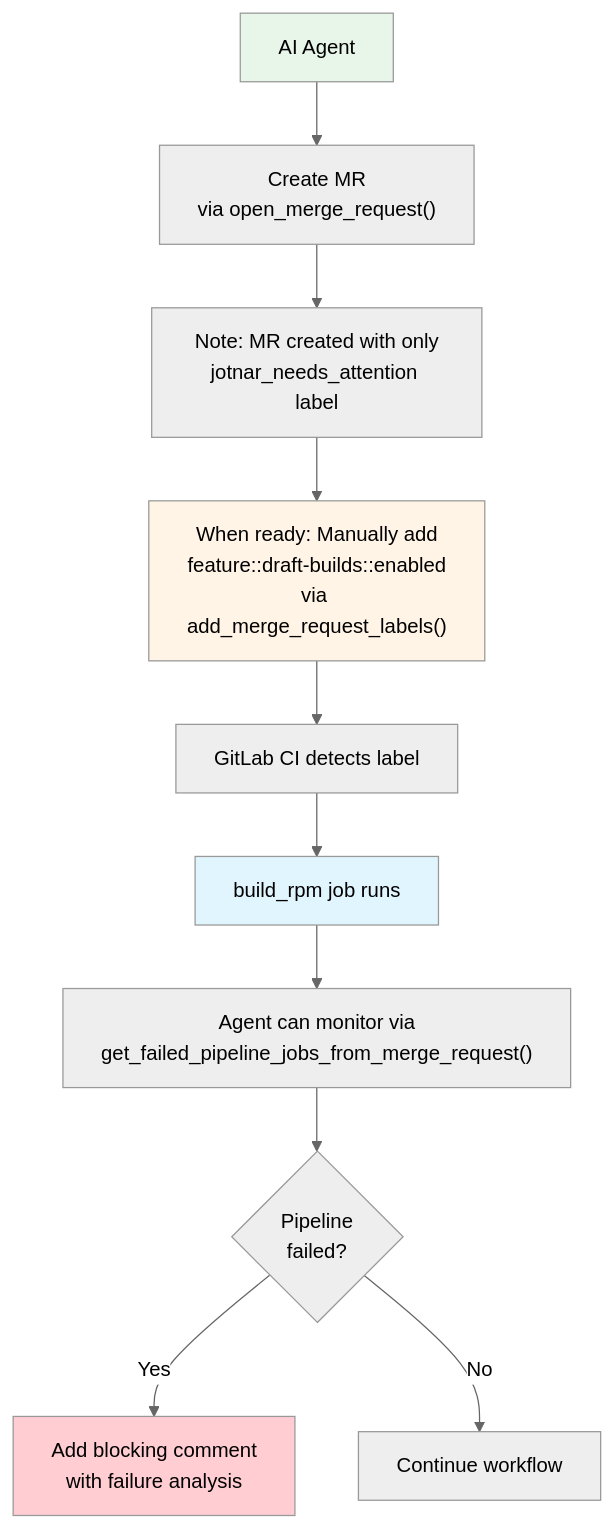
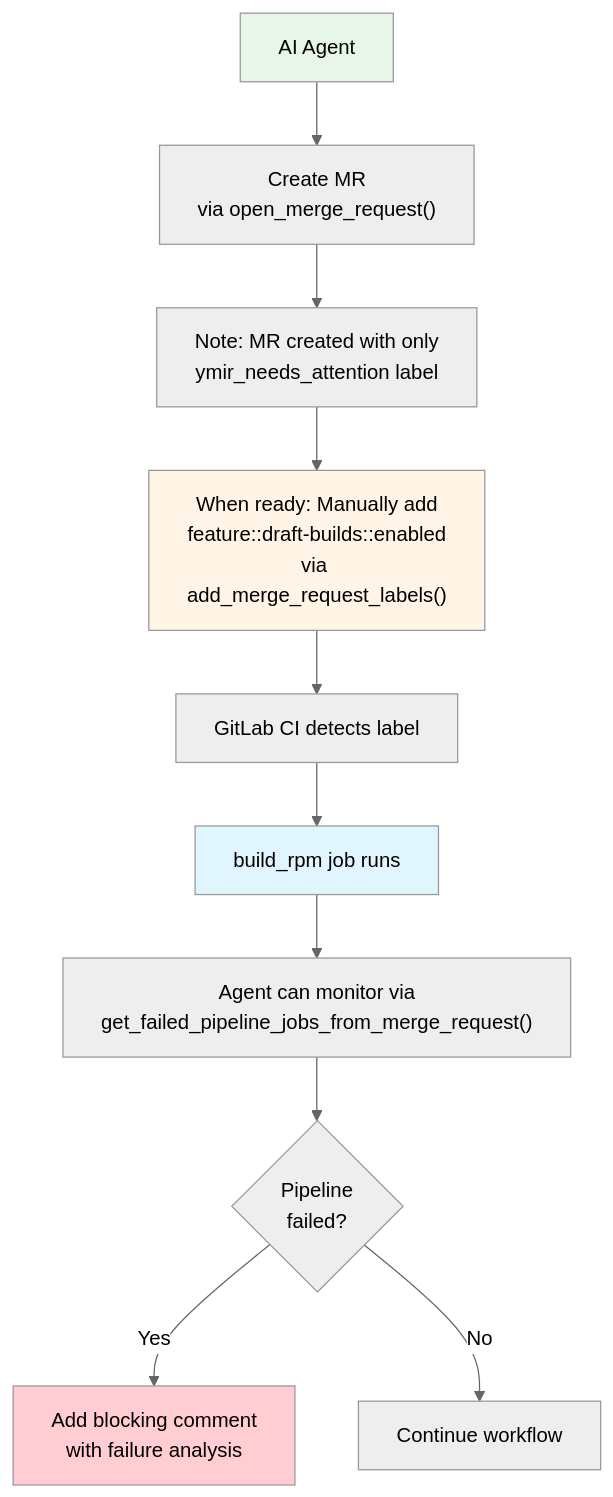
Before and after one commit to packit/ai-workflows: the fourth of 4 diagrams in brew_konflux_data_flow.md, drawn with Mermaid (neutral theme). The commit also changed other lines of this file and 28 other files, not shown here.

First line of the commit message:
Rename Jotnar to Ymir in user-visible text and Jira labels

````diff
--- a/brew_konflux_data_flow.md
+++ b/brew_konflux_data_flow.md
@@ -170,26 +170,26 @@
 ```mermaid
 flowchart TD
     AGENT[AI Agent]
 
     AGENT --> CREATE["Create MR<br/>via open_merge_request()"]
 
-    CREATE --> ADD_LABEL_NOTE["Note: MR created with only<br/>jotnar_needs_attention label"]
+    CREATE --> ADD_LABEL_NOTE["Note: MR created with only<br/>ymir_needs_attention label"]
 
     ADD_LABEL_NOTE --> MANUAL_LABEL["When ready: Manually add<br/>feature::draft-builds::enabled<br/>via add_merge_request_labels()"]
 
     MANUAL_LABEL --> CI_DETECT["GitLab CI detects label"]
 
     CI_DETECT --> BUILD["build_rpm job runs"]
 
     BUILD --> MONITOR["Agent can monitor via<br/>get_failed_pipeline_jobs_from_merge_request()"]
 
     MONITOR --> ANALYZE{Pipeline<br/>failed?}
 
     ANALYZE -->|Yes| COMMENT["Add blocking comment<br/>with failure analysis"]
     ANALYZE -->|No| CONTINUE["Continue workflow"]
 
     style AGENT fill:#e8f5e9
     style MANUAL_LABEL fill:#fff4e6
     style BUILD fill:#e1f5fe
     style COMMENT fill:#ffcdd2
 ```
````
